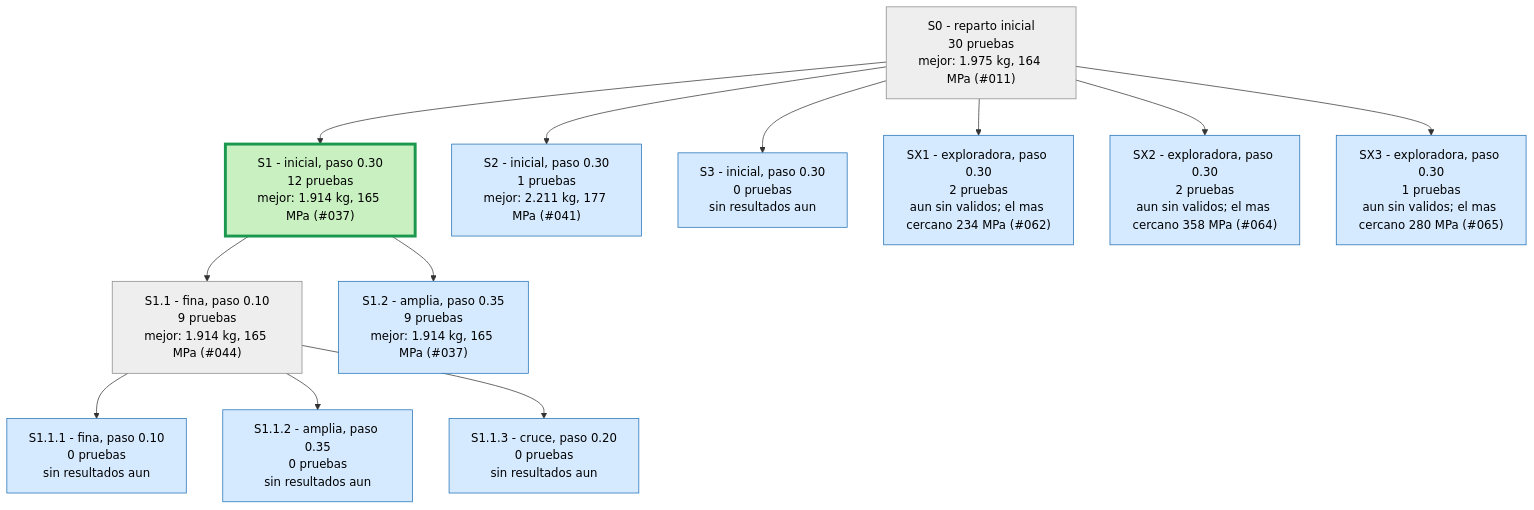
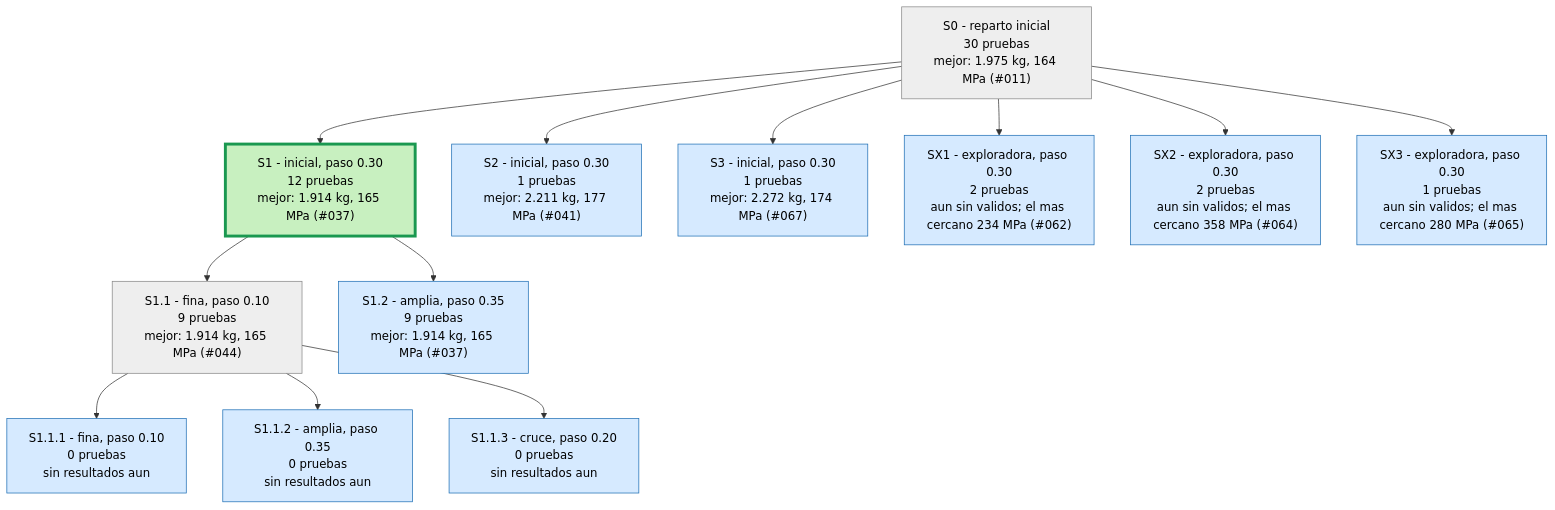
The first of 4 diagrams in runs/opt_37800N/ARBOL.md (Hugiko/msd-soporte-optimizacion), drawn with Mermaid before and after one commit. The commit also changed 22 other files, not shown here.

````diff
--- a/runs/opt_37800N/ARBOL.md
+++ b/runs/opt_37800N/ARBOL.md
@@ -9,29 +9,29 @@
 ```mermaid
 graph TD
 classDef activa fill:#d6eaff,stroke:#1f6fb5,color:#000
 classDef fin fill:#eeeeee,stroke:#888,color:#000
 classDef mejor fill:#c8f0c0,stroke:#1a9850,stroke-width:4px,color:#000
 S0["S0 - reparto inicial<br/>30 pruebas<br/>mejor: 1.975 kg, 164 MPa (#011)"]:::fin
 S1["S1 - inicial, paso 0.30<br/>12 pruebas<br/>mejor: 1.914 kg, 165 MPa (#037)"]:::mejor
 S0 --> S1
 S2["S2 - inicial, paso 0.30<br/>1 pruebas<br/>mejor: 2.211 kg, 177 MPa (#041)"]:::activa
 S0 --> S2
-S3["S3 - inicial, paso 0.30<br/>0 pruebas<br/>sin resultados aun"]:::activa
+S3["S3 - inicial, paso 0.30<br/>1 pruebas<br/>mejor: 2.272 kg, 174 MPa (#067)"]:::activa
 S0 --> S3
 S1_1["S1.1 - fina, paso 0.10<br/>9 pruebas<br/>mejor: 1.914 kg, 165 MPa (#044)"]:::fin
 S1 --> S1_1
 S1_2["S1.2 - amplia, paso 0.35<br/>9 pruebas<br/>mejor: 1.914 kg, 165 MPa (#037)"]:::activa
 S1 --> S1_2
 S1_1_1["S1.1.1 - fina, paso 0.10<br/>0 pruebas<br/>sin resultados aun"]:::activa
 S1_1 --> S1_1_1
 S1_1_2["S1.1.2 - amplia, paso 0.35<br/>0 pruebas<br/>sin resultados aun"]:::activa
 S1_1 --> S1_1_2
 S1_1_3["S1.1.3 - cruce, paso 0.20<br/>0 pruebas<br/>sin resultados aun"]:::activa
 S1_1 --> S1_1_3
 SX1["SX1 - exploradora, paso 0.30<br/>2 pruebas<br/>aun sin validos; el mas cercano 234 MPa (#062)"]:::activa
 S0 --> SX1
 SX2["SX2 - exploradora, paso 0.30<br/>2 pruebas<br/>aun sin validos; el mas cercano 358 MPa (#064)"]:::activa
 S0 --> SX2
 SX3["SX3 - exploradora, paso 0.30<br/>1 pruebas<br/>aun sin validos; el mas cercano 280 MPa (#065)"]:::activa
 S0 --> SX3
 ```
````
